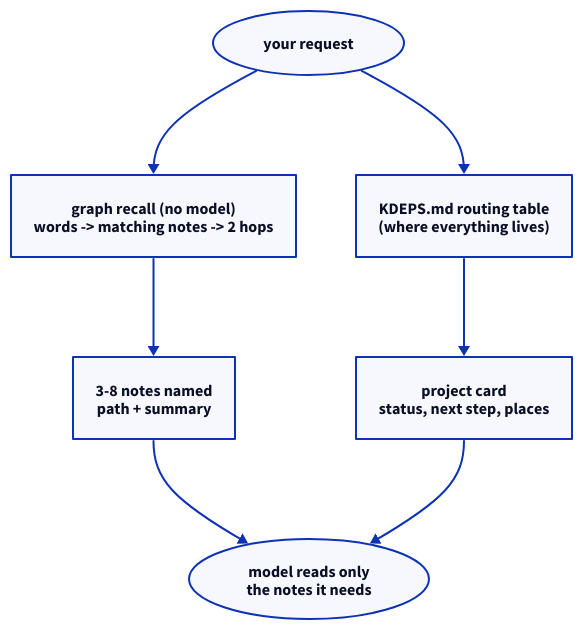
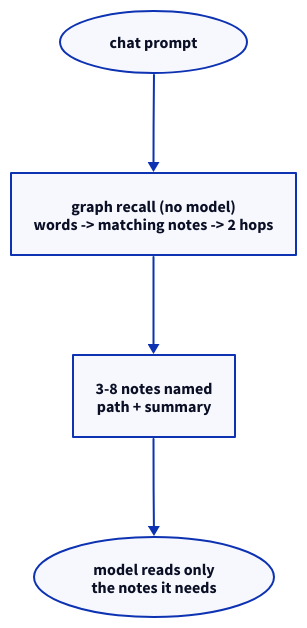
One commit to kdeps/kdeps changed the first of 2 diagrams in docs/v2/workflow/agent-loop/knowledge.md. Above: the diagram before and after it, drawn with D2. The commit also changed other lines of this file and 69 other files, not shown here.

````diff
--- a/docs/v2/workflow/agent-loop/knowledge.md
+++ b/docs/v2/workflow/agent-loop/knowledge.md
@@ -5,12 +5,8 @@
 ```d2
 direction: down
-q: "your request" {shape: oval}
-route: "KDEPS.md routing table\n(where everything lives)"
-card: "project card\nstatus, next step, places"
+q: "chat prompt" {shape: oval}
 recall: "graph recall (no model)\nwords -> matching notes -> 2 hops"
 notes: "3-8 notes named\npath + summary"
 model: "model reads only\nthe notes it needs" {shape: oval}
-q -> route -> card
 q -> recall -> notes -> model
-card -> model
 ```
````
